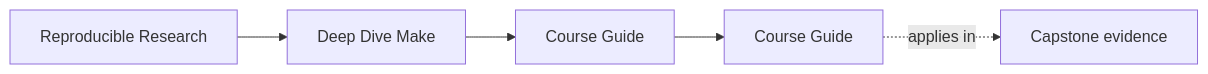
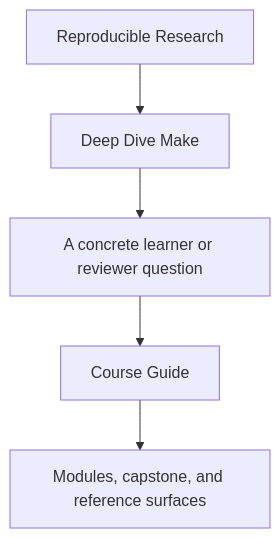
One commit to bijux/bijux-masterclass changed the first of 2 diagrams in programs/reproducible-research/deep-dive-make/course-book/guides/course-guide.md. Above: the diagram before and after it, drawn with Mermaid. The commit also changed other lines of this file and 29 other files, not shown here.

Commit message:
docs(deep-dive-make): sharpen guide and reference diagrams

````diff
--- a/programs/reproducible-research/deep-dive-make/course-book/guides/course-guide.md
+++ b/programs/reproducible-research/deep-dive-make/course-book/guides/course-guide.md
@@ -9,11 +9,7 @@
 ```mermaid
-graph LR
-  family["Reproducible Research"]
-  program["Deep Dive Make"]
-  section["Course Guide"]
-  page["Course Guide"]
-  capstone["Capstone evidence"]
-
-  family --> program --> section --> page
-  page -.applies in.-> capstone
+flowchart TD
+  family["Reproducible Research"] --> program["Deep Dive Make"]
+  program --> pressure["A concrete learner or reviewer question"]
+  pressure --> guide["Course Guide"]
+  guide --> next["Modules, capstone, and reference surfaces"]
 ```
````
